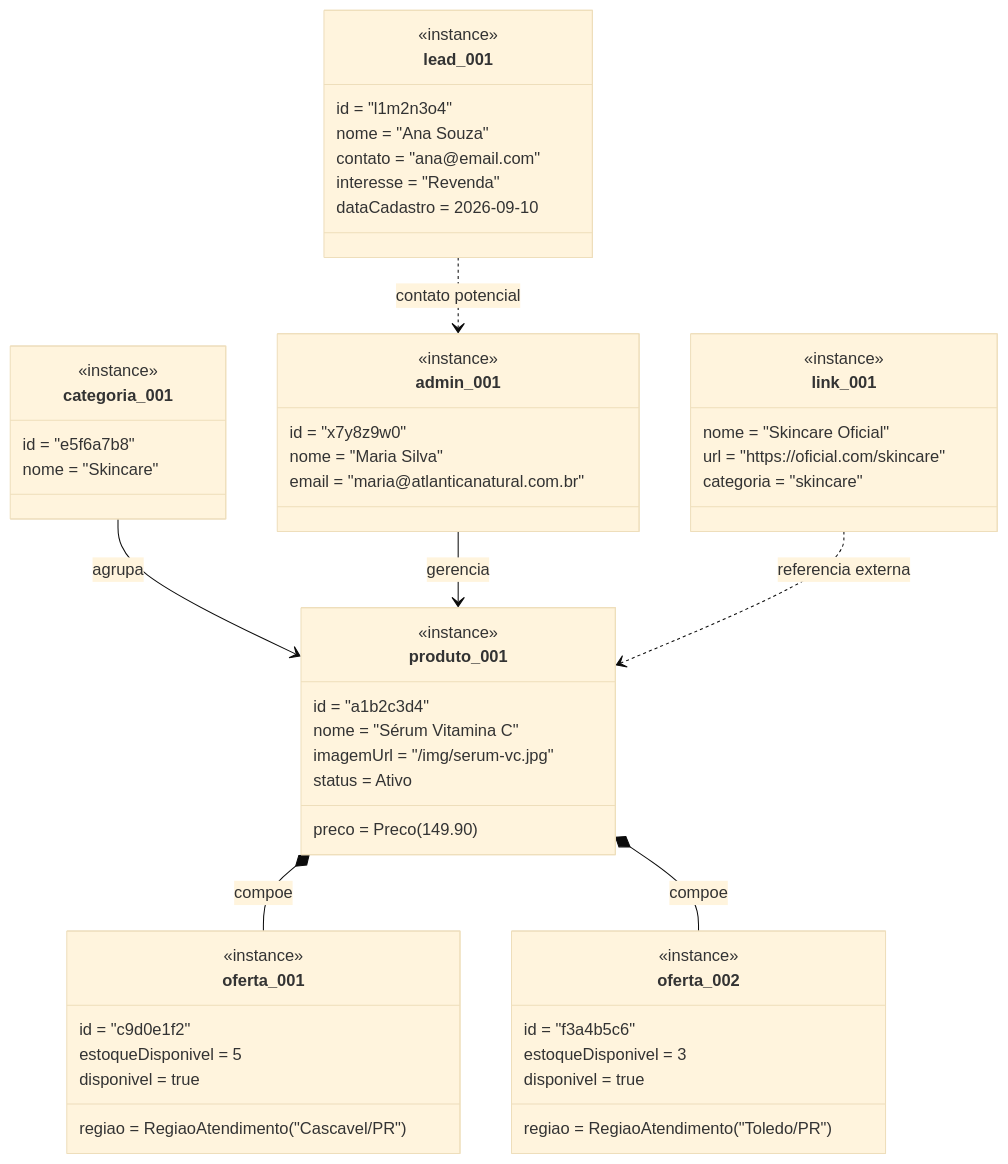
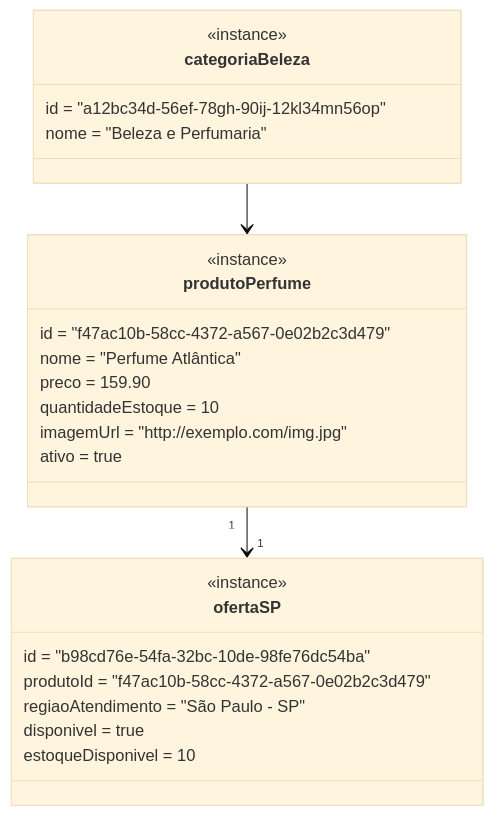
The diagram in docs/arquitetura/09-diagrama-objetos.md (LuHenRe/Projeto-Revendedora-Atlantica-Natural), drawn with Mermaid (base theme) before and after one commit. The commit also changed other lines of this file and 18 other files, not shown here.

````diff
--- a/docs/arquitetura/09-diagrama-objetos.md
+++ b/docs/arquitetura/09-diagrama-objetos.md
@@ -11,63 +8,28 @@
 ```mermaid
 classDiagram
-    class produto_001 {
+    class produtoPerfume {
         <<instance>>
-        id = "a1b2c3d4"
-        nome = "Sérum Vitamina C"
-        preco = Preco(149.90)
-        imagemUrl = "/img/serum-vc.jpg"
-        status = Ativo
+        id = "f47ac10b-58cc-4372-a567-0e02b2c3d479"
+        nome = "Perfume Atlântica"
+        preco = 159.90
+        quantidadeEstoque = 10
+        imagemUrl = "http://exemplo.com/img.jpg"
+        ativo = true
+    }
+    class categoriaBeleza {
+        <<instance>>
+        id = "a12bc34d-56ef-78gh-90ij-12kl34mn56op"
+        nome = "Beleza e Perfumaria"
+    }
+    class ofertaSP {
+        <<instance>>
+        id = "b98cd76e-54fa-32bc-10de-98fe76dc54ba"
+        produtoId = "f47ac10b-58cc-4372-a567-0e02b2c3d479"
+        regiaoAtendimento = "São Paulo - SP"
+        disponivel = true
+        estoqueDisponivel = 10
     }
 
-    class categoria_001 {
-        <<instance>>
-        id = "e5f6a7b8"
-        nome = "Skincare"
-    }
-
-    class oferta_001 {
-        <<instance>>
-        id = "c9d0e1f2"
-        regiao = RegiaoAtendimento("Cascavel/PR")
-        estoqueDisponivel = 5
-        disponivel = true
-    }
-
-    class oferta_002 {
-        <<instance>>
-        id = "f3a4b5c6"
-        regiao = RegiaoAtendimento("Toledo/PR")
-        estoqueDisponivel = 3
-        disponivel = true
-    }
-
-    class admin_001 {
-        <<instance>>
-        id = "x7y8z9w0"
-        nome = "Maria Silva"
-        email = "maria@atlanticanatural.com.br"
-    }
-
-    class link_001 {
-        <<instance>>
-        nome = "Skincare Oficial"
-        url = "https://oficial.com/skincare"
-        categoria = "skincare"
-    }
-
-    class lead_001 {
-        <<instance>>
-        id = "l1m2n3o4"
-        nome = "Ana Souza"
-        contato = "ana@email.com"
-        interesse = "Revenda"
-        dataCadastro = 2026-09-10
-    }
-
-    categoria_001 --> produto_001 : agrupa
-    produto_001 *-- oferta_001 : compoe
-    produto_001 *-- oferta_002 : compoe
-    admin_001 --> produto_001 : gerencia
-    link_001 ..> produto_001 : referencia externa
-    lead_001 ..> admin_001 : contato potencial
+    categoriaBeleza --> produtoPerfume
+    produtoPerfume "1" --> "1" ofertaSP
 ```
````
